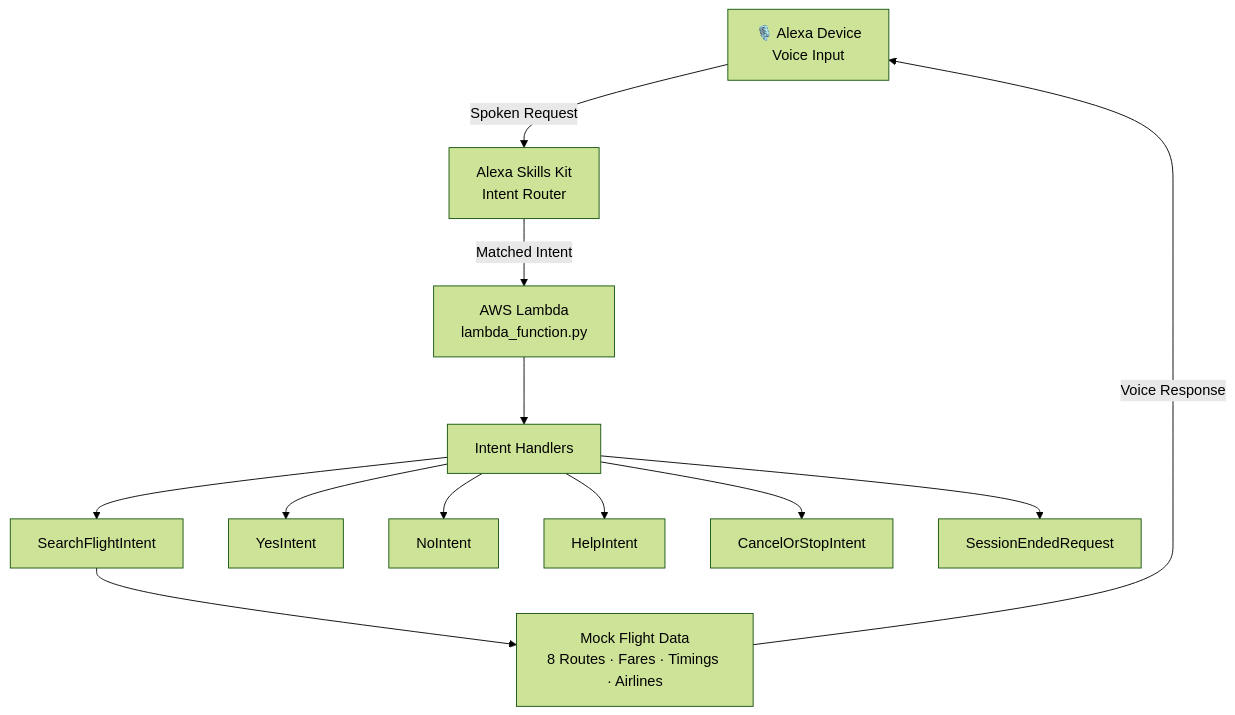
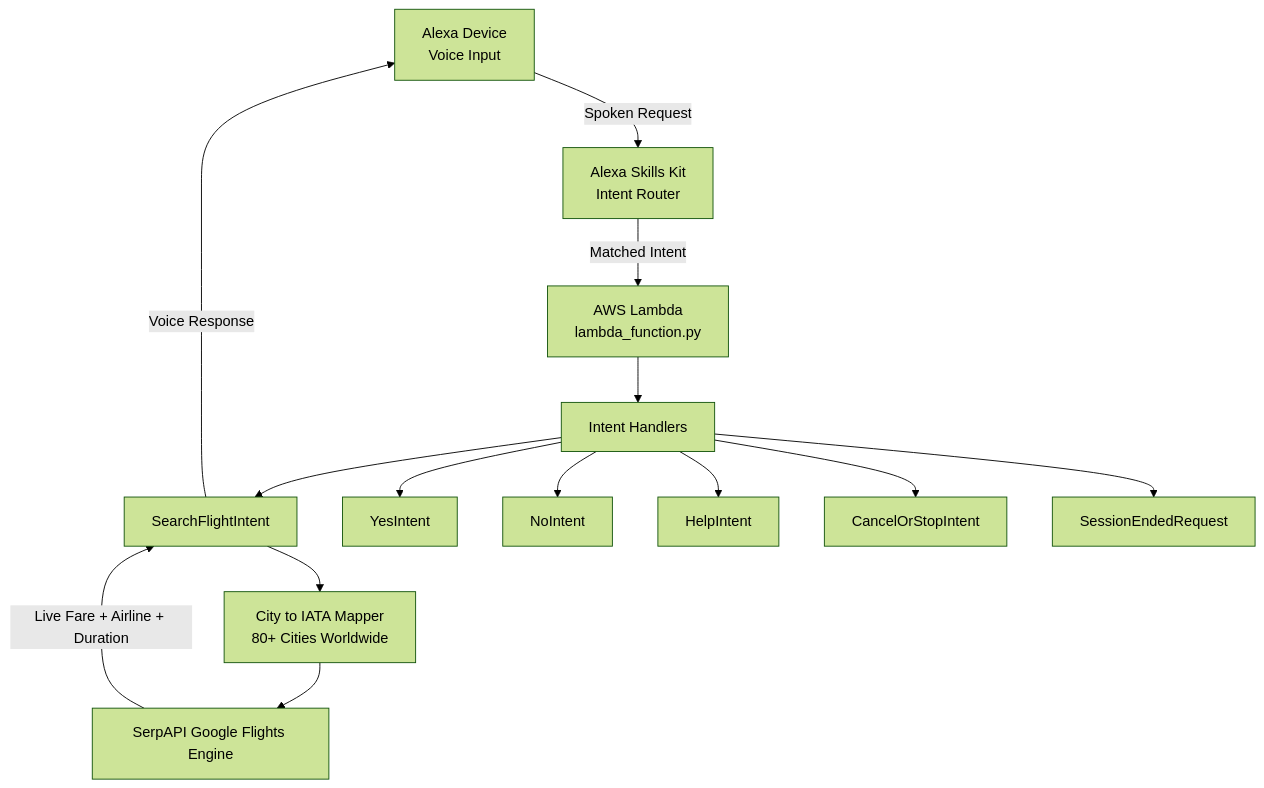
One commit to kkaustav/flight-booker-alexa-skill changed the diagram in README.md. Above: the diagram before and after it, drawn with Mermaid (forest theme). The commit also changed other lines of this file, not shown here.

First line of the commit message:
Enhance README with live flight search details

````diff
--- a/README.md
+++ b/README.md
@@ -21,18 +26,20 @@
 ```mermaid
 flowchart TD
-    A[🎙️ Alexa Device\nVoice Input] -->|Spoken Request| B[Alexa Skills Kit\nIntent Router]
+    A[Alexa Device\nVoice Input] -->|Spoken Request| B[Alexa Skills Kit\nIntent Router]
     B -->|Matched Intent| C[AWS Lambda\nlambda_function.py]
 
     C --> D[Intent Handlers]
 
     D --> D1[SearchFlightIntent]
     D --> D2[YesIntent]
     D --> D3[NoIntent]
     D --> D4[HelpIntent]
     D --> D5[CancelOrStopIntent]
     D --> D6[SessionEndedRequest]
 
-    D1 --> E[Mock Flight Data\n8 Routes · Fares · Timings · Airlines]
+    D1 --> E[City to IATA Mapper\n80+ Cities Worldwide]
+    E --> F[SerpAPI Google Flights Engine]
+    F -->|Live Fare + Airline + Duration| D1
 
-    E -->|Voice Response| A
+    D1 -->|Voice Response| A
 ```
````
